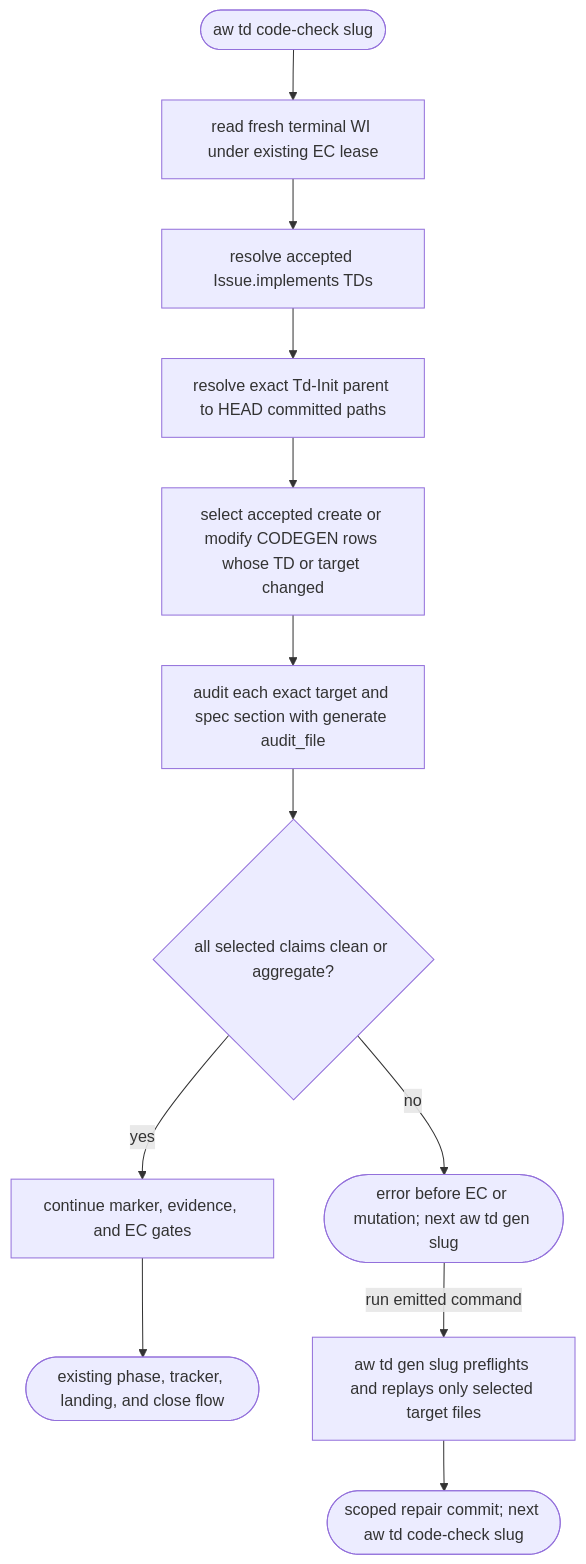
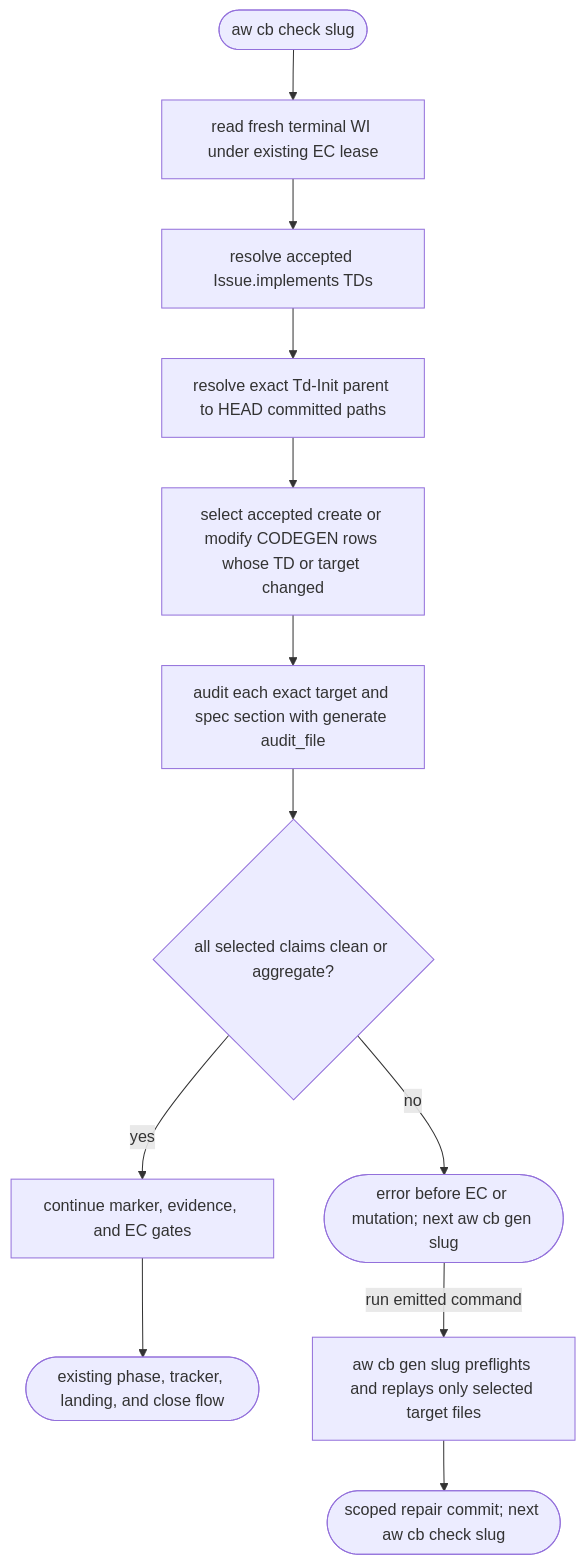
One commit to chrischeng-c4/axiom changed the first of 2 diagrams in apps/agentic-workflow/tech-design/semantic/td-code-check-touched-codegen-drift.md. Above: the diagram before and after it, drawn with Mermaid. The commit also changed other lines of this file and 221 other files, not shown here.

````diff
--- a/apps/agentic-workflow/tech-design/semantic/td-code-check-touched-codegen-drift.md
+++ b/apps/agentic-workflow/tech-design/semantic/td-code-check-touched-codegen-drift.md
@@ -19,43 +19,43 @@
 ```mermaid
 ---
 id: terminal-touched-codegen-drift
 entry: request
 nodes:
-  request: { kind: start, label: "aw td code-check slug" }
+  request: { kind: start, label: "aw cb check slug" }
   issue: { kind: process, label: "read fresh terminal WI under existing EC lease" }
   accepted: { kind: process, label: "resolve accepted Issue.implements TDs" }
   baseline: { kind: process, label: "resolve exact Td-Init parent to HEAD committed paths" }
   claims: { kind: process, label: "select accepted create or modify CODEGEN rows whose TD or target changed" }
   compare: { kind: process, label: "audit each exact target and spec section with generate audit_file" }
   clean: { kind: decision, label: "all selected claims clean or aggregate?" }
-  refuse: { kind: terminal, label: "error before EC or mutation; next aw td gen slug" }
+  refuse: { kind: terminal, label: "error before EC or mutation; next aw cb gen slug" }
   gates: { kind: process, label: "continue marker, evidence, and EC gates" }
   close: { kind: terminal, label: "existing phase, tracker, landing, and close flow" }
-  repair: { kind: process, label: "aw td gen slug preflights and replays only selected target files" }
-  commit: { kind: terminal, label: "scoped repair commit; next aw td code-check slug" }
+  repair: { kind: process, label: "aw cb gen slug preflights and replays only selected target files" }
+  commit: { kind: terminal, label: "scoped repair commit; next aw cb check slug" }
 edges:
   - { from: request, to: issue }
   - { from: issue, to: accepted }
   - { from: accepted, to: baseline }
   - { from: baseline, to: claims }
   - { from: claims, to: compare }
   - { from: compare, to: clean }
   - { from: clean, to: refuse, label: "no" }
   - { from: clean, to: gates, label: "yes" }
   - { from: gates, to: close }
   - { from: refuse, to: repair, label: "run emitted command" }
   - { from: repair, to: commit }
 ---
 flowchart TD
-  request([aw td code-check slug]) --> issue[read fresh terminal WI under existing EC lease]
+  request([aw cb check slug]) --> issue[read fresh terminal WI under existing EC lease]
   issue --> accepted[resolve accepted Issue.implements TDs]
   accepted --> baseline[resolve exact Td-Init parent to HEAD committed paths]
   baseline --> claims[select accepted create or modify CODEGEN rows whose TD or target changed]
   claims --> compare[audit each exact target and spec section with generate audit_file]
   compare --> clean{all selected claims clean or aggregate?}
-  clean -->|no| refuse([error before EC or mutation; next aw td gen slug])
+  clean -->|no| refuse([error before EC or mutation; next aw cb gen slug])
   clean -->|yes| gates[continue marker, evidence, and EC gates]
   gates --> close([existing phase, tracker, landing, and close flow])
-  refuse -->|run emitted command| repair[aw td gen slug preflights and replays only selected target files]
-  repair --> commit([scoped repair commit; next aw td code-check slug])
+  refuse -->|run emitted command| repair[aw cb gen slug preflights and replays only selected target files]
+  repair --> commit([scoped repair commit; next aw cb check slug])
 ```
````
